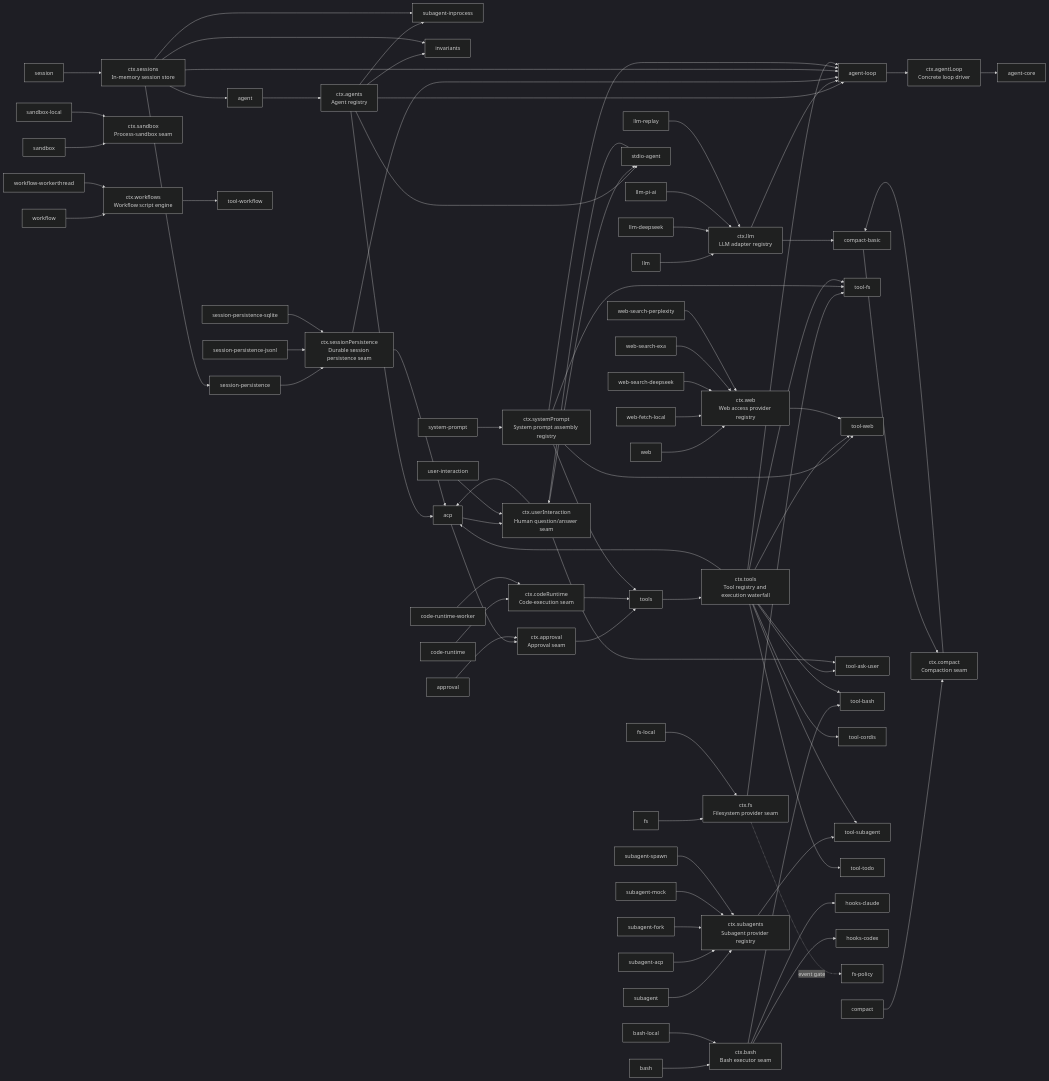
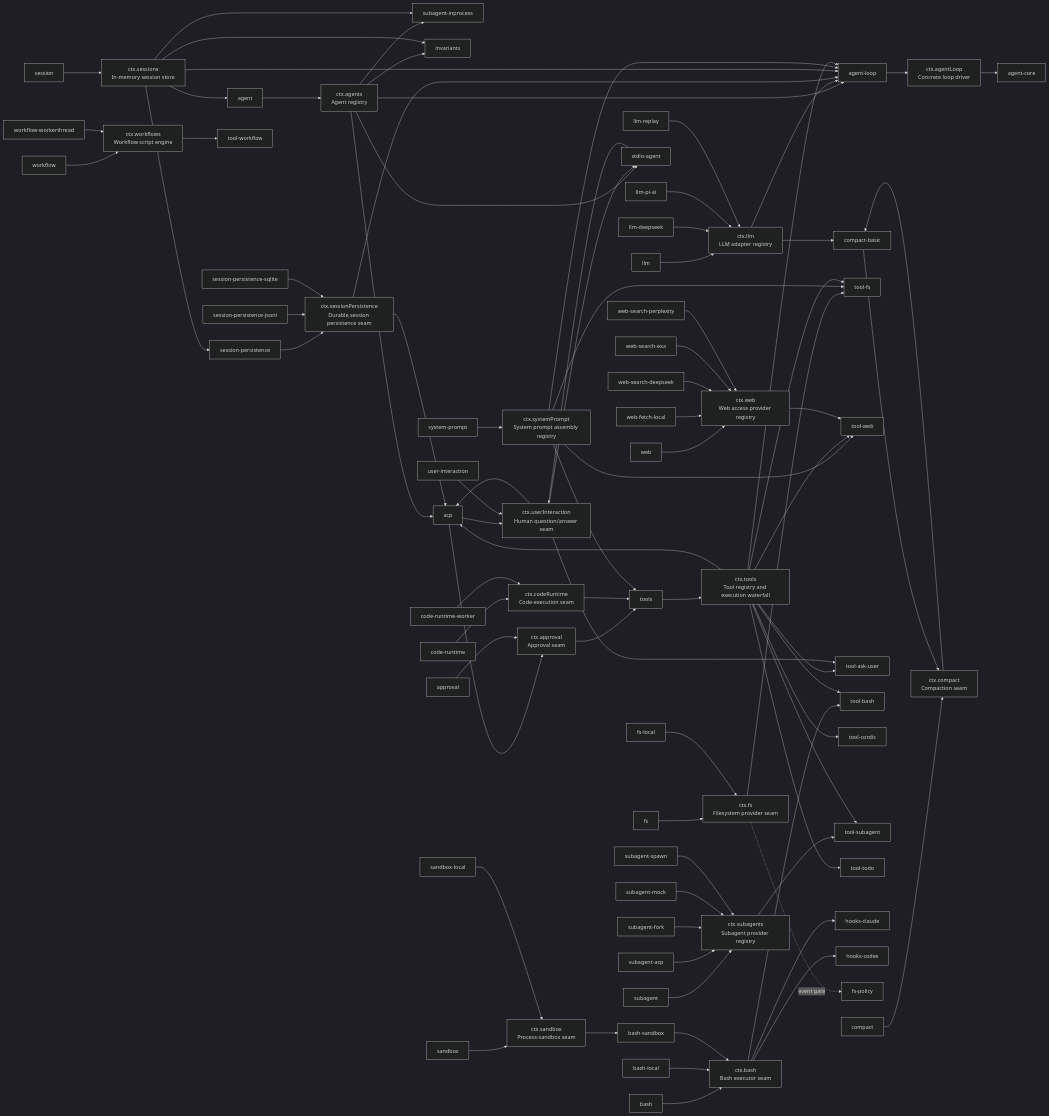
One commit to 007M7/DeepCode changed the diagram in docs/capability-seams.md. Above: the diagram before and after it, drawn with Mermaid (dark theme). The commit also changed other lines of this file and 35 other files, not shown here.

```diff
--- a/docs/capability-seams.md
+++ b/docs/capability-seams.md
@@ -44,6 +44,7 @@
   pkg_bash["bash"]
   svc_bash["ctx.bash<br/>Bash executor seam"]
   pkg_bash_local["bash-local"]
+  pkg_bash_sandbox["bash-sandbox"]
   pkg_hooks_claude["hooks-claude"]
   pkg_hooks_codex["hooks-codex"]
   pkg_sandbox["sandbox"]
@@ -83,6 +84,7 @@
   pkg_approval --> svc_approval
   pkg_bash --> svc_bash
   pkg_bash_local --> svc_bash
+  pkg_bash_sandbox --> svc_bash
   pkg_code_runtime --> svc_codeRuntime
   pkg_code_runtime_worker --> svc_codeRuntime
   pkg_compact --> svc_compact
@@ -130,6 +132,7 @@
   svc_fs --> pkg_tool_fs
   svc_llm --> pkg_agent_loop
   svc_llm --> pkg_compact_basic
+  svc_sandbox --> pkg_bash_sandbox
   svc_sessionPersistence --> pkg_acp
   svc_sessionPersistence --> pkg_agent_loop
   svc_sessions --> pkg_agent
```
